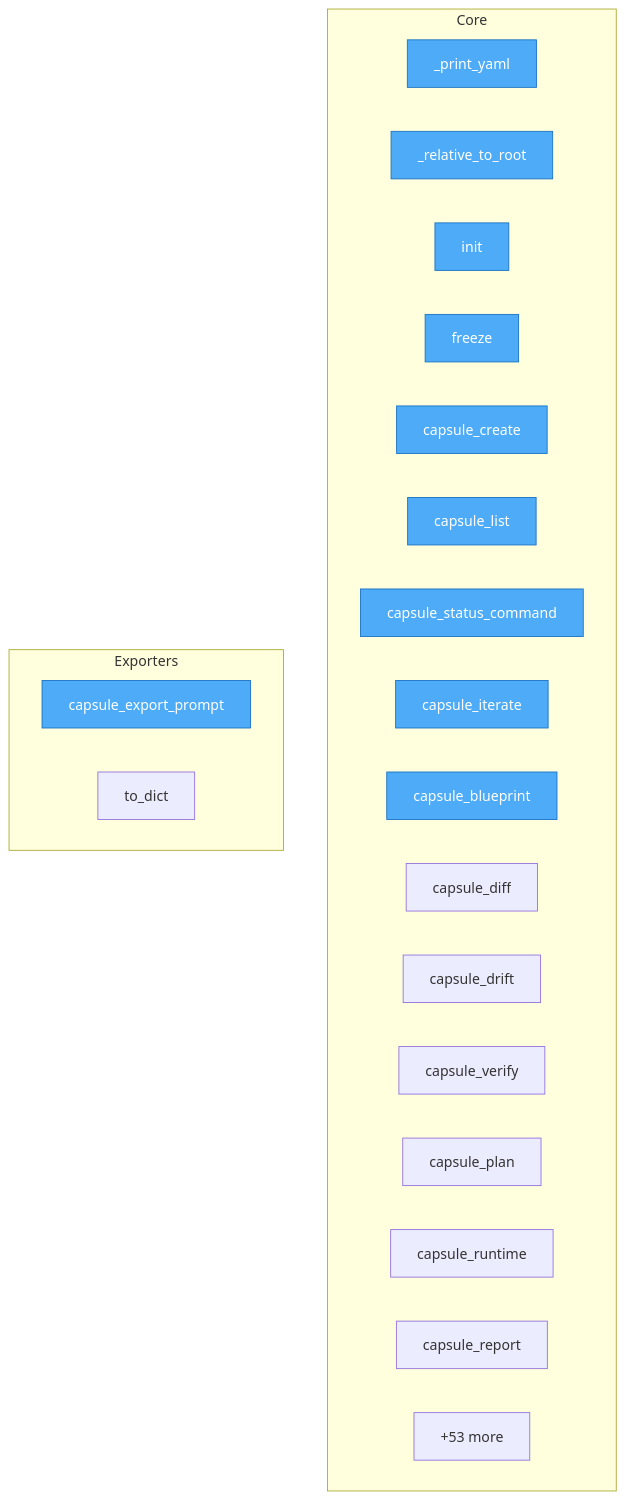
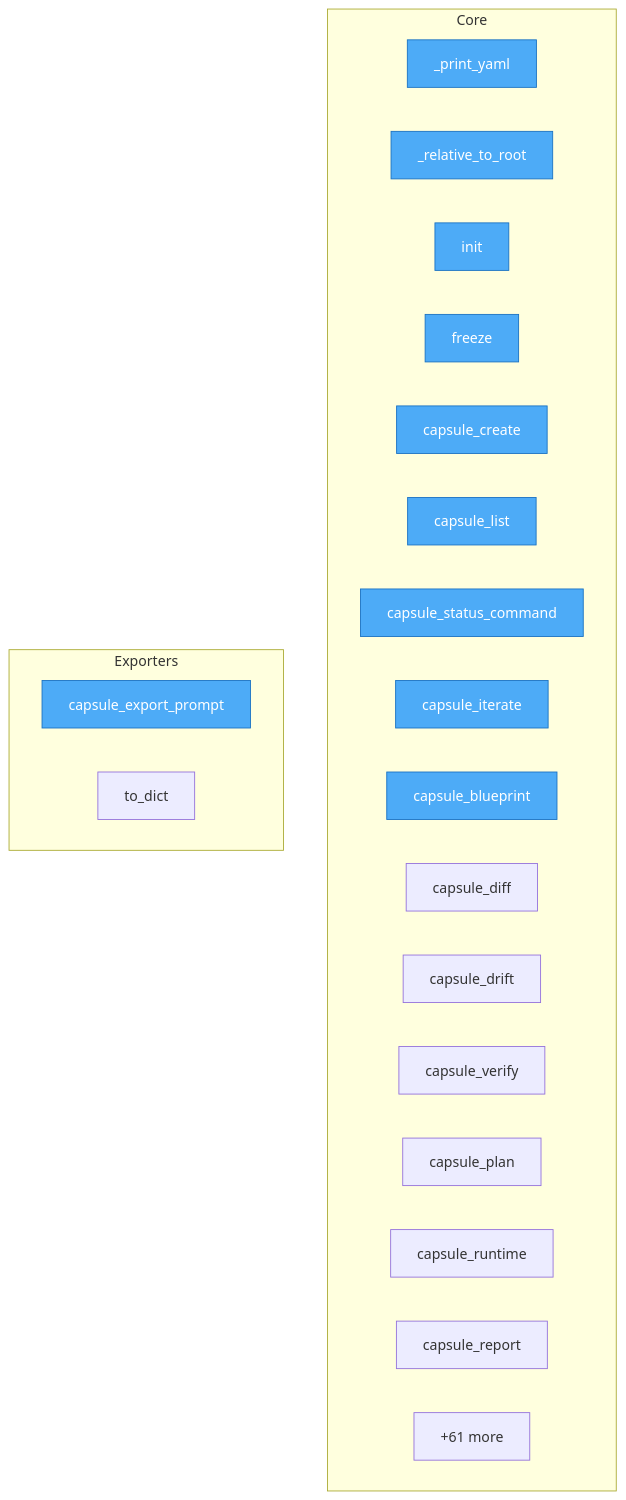
Before and after one commit to autogrammar/nexu: the diagram in project/flow.mmd, drawn with Mermaid. The commit also changed 37 other files, not shown here.

```diff
--- a/project/flow.mmd
+++ b/project/flow.mmd
@@ -1,31 +1,31 @@
 flowchart TD
-%% generated in 0.02s
+%% generated in 0.01s
 
     %% Entry points (blue)
     classDef entry fill:#4dabf7,stroke:#1971c2,color:#fff
 
     subgraph Core
         src__nexu__cli___print_yaml["_print_yaml"]
         src__nexu__cli___relative_to_root["_relative_to_root"]
         src__nexu__cli__init["init"]
         src__nexu__cli__freeze["freeze"]
         src__nexu__cli__capsule_create["capsule_create"]
         src__nexu__cli__capsule_list["capsule_list"]
         src__nexu__cli__capsule_status_command["capsule_status_command"]
         src__nexu__cli__capsule_iterate["capsule_iterate"]
         src__nexu__cli__capsule_blueprint["capsule_blueprint"]
         src__nexu__cli__capsule_diff["capsule_diff"]
         src__nexu__cli__capsule_drift["capsule_drift"]
         src__nexu__cli__capsule_verify["capsule_verify"]
         src__nexu__cli__capsule_plan["capsule_plan"]
         src__nexu__cli__capsule_runtime["capsule_runtime"]
         src__nexu__cli__capsule_report["capsule_report"]
-        ...["+53 more"]
+        ...["+61 more"]
     end
 
     subgraph Exporters
         src__nexu__cli__capsule_export_prompt["capsule_export_prompt"]
         src__vico__models__PromptExport__to_dict["to_dict"]
     end
 
     class src__nexu__cli___print_yaml,src__nexu__cli___relative_to_root,src__nexu__cli__init,src__nexu__cli__freeze,src__nexu__cli__capsule_create,src__nexu__cli__capsule_list,src__nexu__cli__capsule_status_command,src__nexu__cli__capsule_iterate,src__nexu__cli__capsule_blueprint,src__nexu__cli__capsule_export_prompt entry
```
